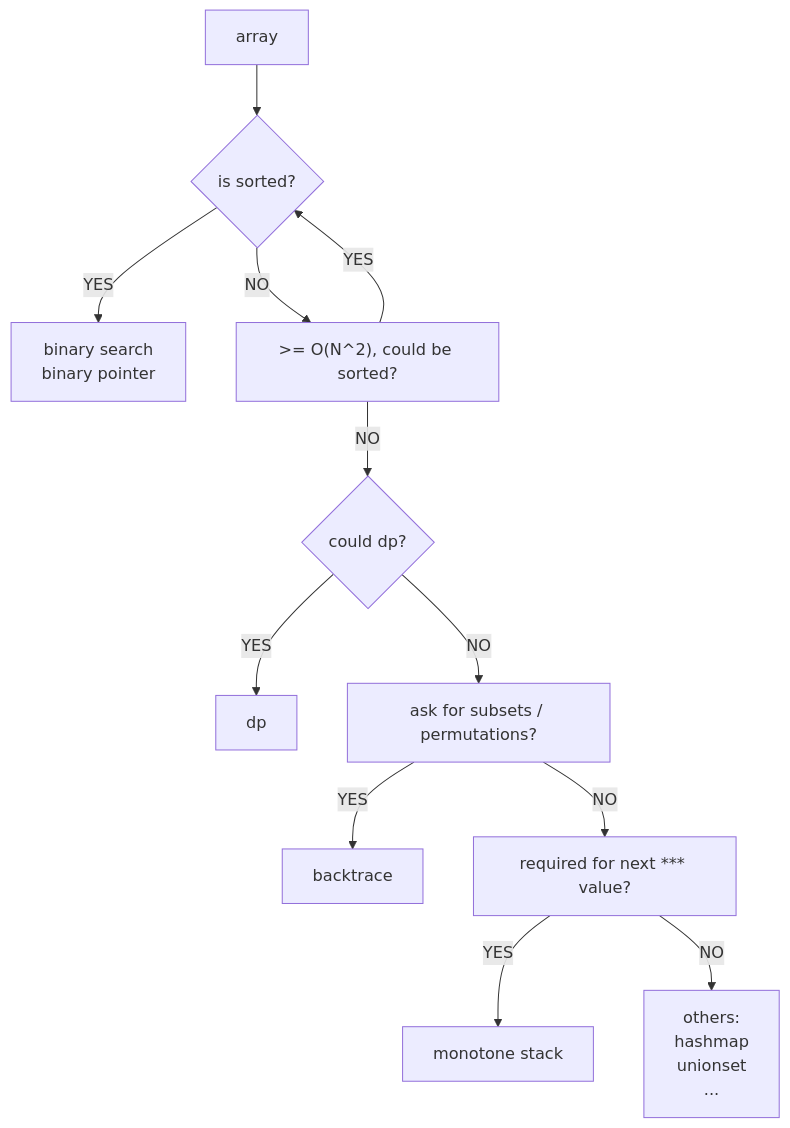
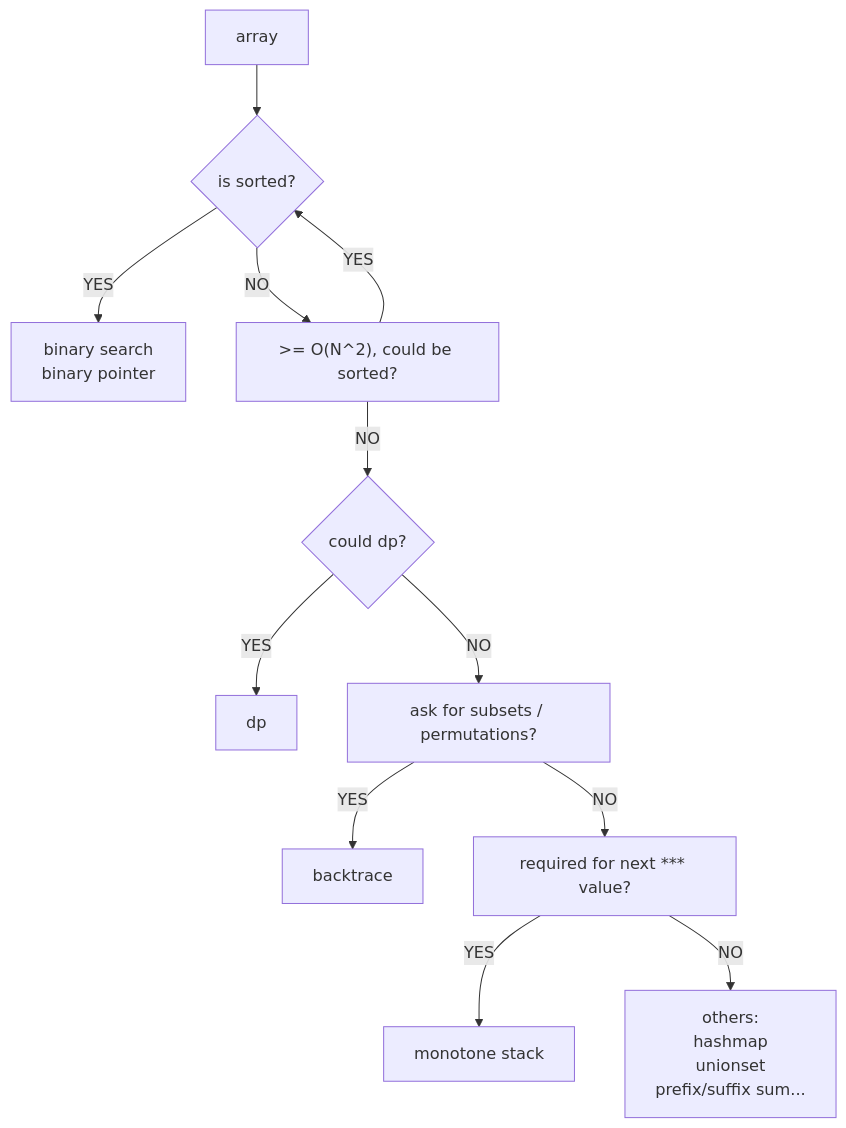
One commit to lix0x7/algorithm changed the diagram in note/thoughts.md. Above: the diagram before and after it, drawn with Mermaid. The commit also changed 1 other file, not shown here.

````diff
--- a/note/thoughts.md
+++ b/note/thoughts.md
@@ -93,21 +93,21 @@
 ```mermaid
 flowchart TD
   a[array] --> isSorted{is sorted?}
   isSorted -- YES --> binSearch[binary search \n binary pointer]
   isSorted -- NO --> couldBeSorted[">= O(N^2), could be sorted?"]
   
   couldBeSorted -- YES --> isSorted
   couldBeSorted -- NO --> couldDp{"could dp?"}
   
   couldDp -- YES --> dp["dp"]
   couldDp -- NO --> couldBacktrace["ask for subsets / permutations?"]
   
   couldBacktrace -- YES --> backtrace["backtrace"]
   couldBacktrace -- NO  --> couldMonoStack["required for next *** value?"]
   
   couldMonoStack -- YES --> monoStack["monotone stack"]
   couldMonoStack -- NO  --> xxx
   
-  xxx["others:\n hashmap\n unionset\n..."]
+  xxx["others:\n hashmap\n unionset\n prefix/suffix sum..."]
   
 ```
````
